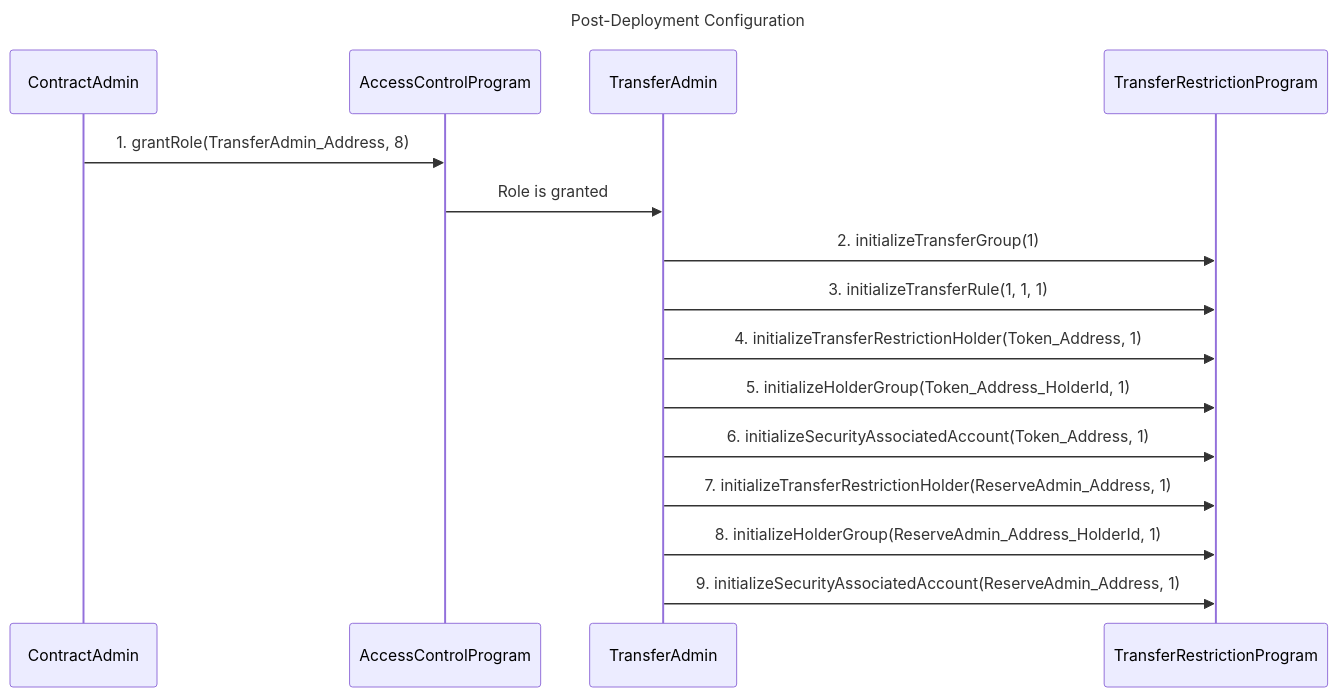
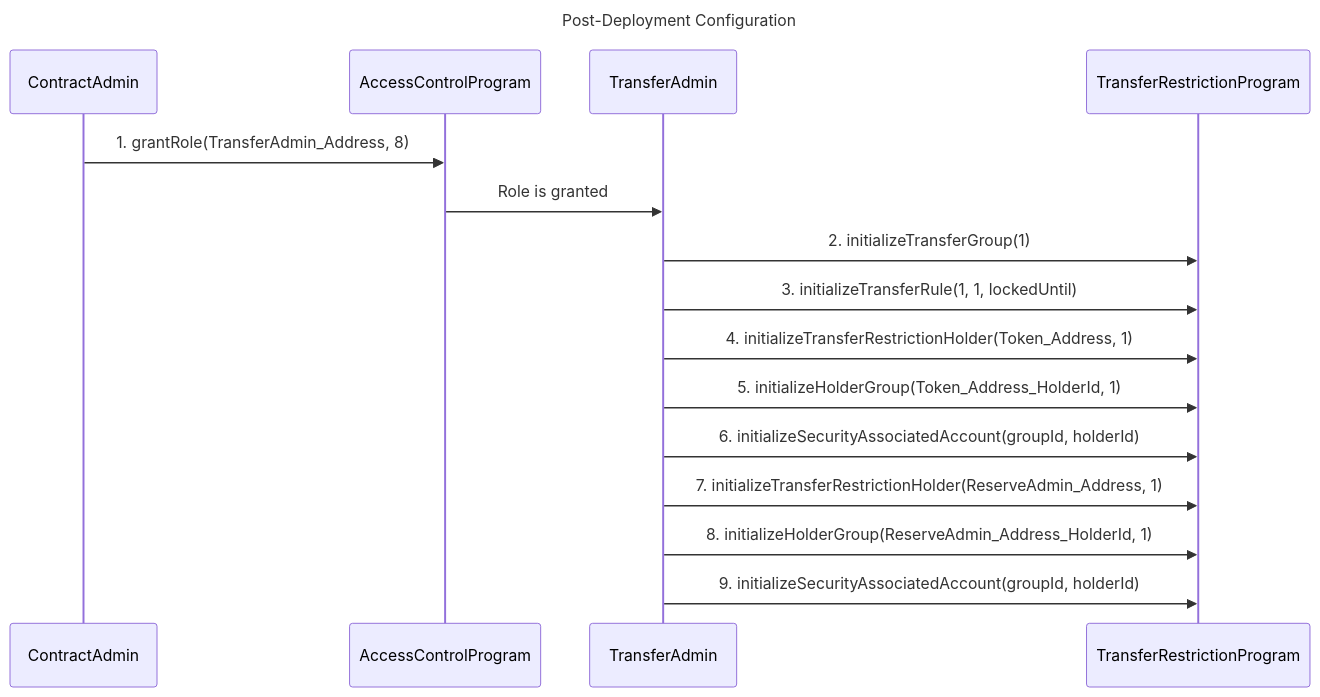
Before and after one commit to upsideos/upsideos-solana-rwa: the fifth of 7 diagrams in README.md, drawn with Mermaid. The commit also changed other lines of this file and 38 other files, not shown here.

Commit message:
Add group and holder id to instuctions input

````diff
--- a/README.md
+++ b/README.md
@@ -988,14 +992,14 @@
 ```mermaid
 sequenceDiagram
 Title: Post-Deployment Configuration
   ContractAdmin->>AccessControlProgram: 1. grantRole(TransferAdmin_Address, 8)
   AccessControlProgram->>TransferAdmin: Role is granted
   TransferAdmin->>TransferRestrictionProgram: 2. initializeTransferGroup(1)
-  TransferAdmin->>TransferRestrictionProgram: 3. initializeTransferRule(1, 1, 1)
+  TransferAdmin->>TransferRestrictionProgram: 3. initializeTransferRule(1, 1, lockedUntil)
   TransferAdmin->>TransferRestrictionProgram: 4. initializeTransferRestrictionHolder(Token_Address, 1)
   TransferAdmin->>TransferRestrictionProgram: 5. initializeHolderGroup(Token_Address_HolderId, 1)
-  TransferAdmin->>TransferRestrictionProgram: 6. initializeSecurityAssociatedAccount(Token_Address, 1)
+  TransferAdmin->>TransferRestrictionProgram: 6. initializeSecurityAssociatedAccount(groupId, holderId)
   TransferAdmin->>TransferRestrictionProgram: 7. initializeTransferRestrictionHolder(ReserveAdmin_Address, 1)
   TransferAdmin->>TransferRestrictionProgram: 8. initializeHolderGroup(ReserveAdmin_Address_HolderId, 1)
-  TransferAdmin->>TransferRestrictionProgram: 9. initializeSecurityAssociatedAccount(ReserveAdmin_Address, 1)
+  TransferAdmin->>TransferRestrictionProgram: 9. initializeSecurityAssociatedAccount(groupId, holderId)
 ```
````
